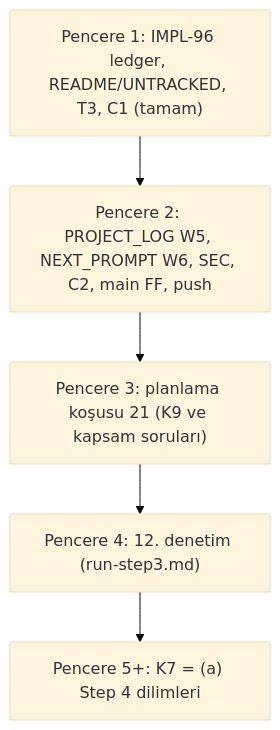
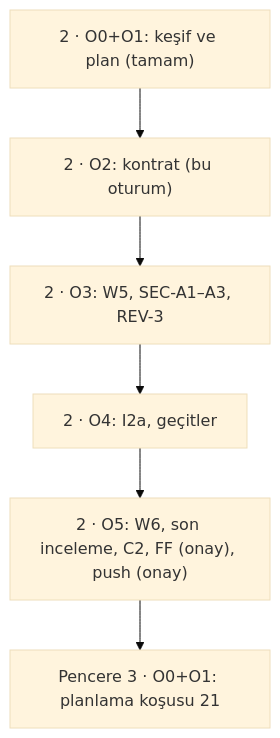
One commit to ahmetxa/ishtar_cam_modes changed the diagram in NEXT_PROMPT.md. Above: the diagram before and after it, drawn with Mermaid (base theme). The commit also changed other lines of this file and 2 other files, not shown here.

First line of the commit message:
Window 2 O0-O1: approved plan, discovery facts, stage-per-session loop

````diff
--- a/NEXT_PROMPT.md
+++ b/NEXT_PROMPT.md
@@ -99,7 +101,8 @@
 ```mermaid
 flowchart TD
-  P1["Pencere 1: IMPL-96 ledger, README/UNTRACKED, T3, C1 (tamam)"] --> P2["Pencere 2: PROJECT_LOG W5, NEXT_PROMPT W6, SEC, C2, main FF, push"]
-  P2 --> P3["Pencere 3: planlama koşusu 21 (K9 ve kapsam soruları)"]
-  P3 --> P4["Pencere 4: 12. denetim (run-step3.md)"]
-  P4 --> P5["Pencere 5+: K7 = (a) Step 4 dilimleri"]
+  A["2 · O0+O1: keşif ve plan (tamam)"] --> B["2 · O2: kontrat (bu oturum)"]
+  B --> C["2 · O3: W5, SEC-A1–A3, REV-3"]
+  C --> D["2 · O4: I2a, geçitler"]
+  D --> E["2 · O5: W6, son inceleme, C2, FF (onay), push (onay)"]
+  E --> F["Pencere 3 · O0+O1: planlama koşusu 21"]
 ```
````
